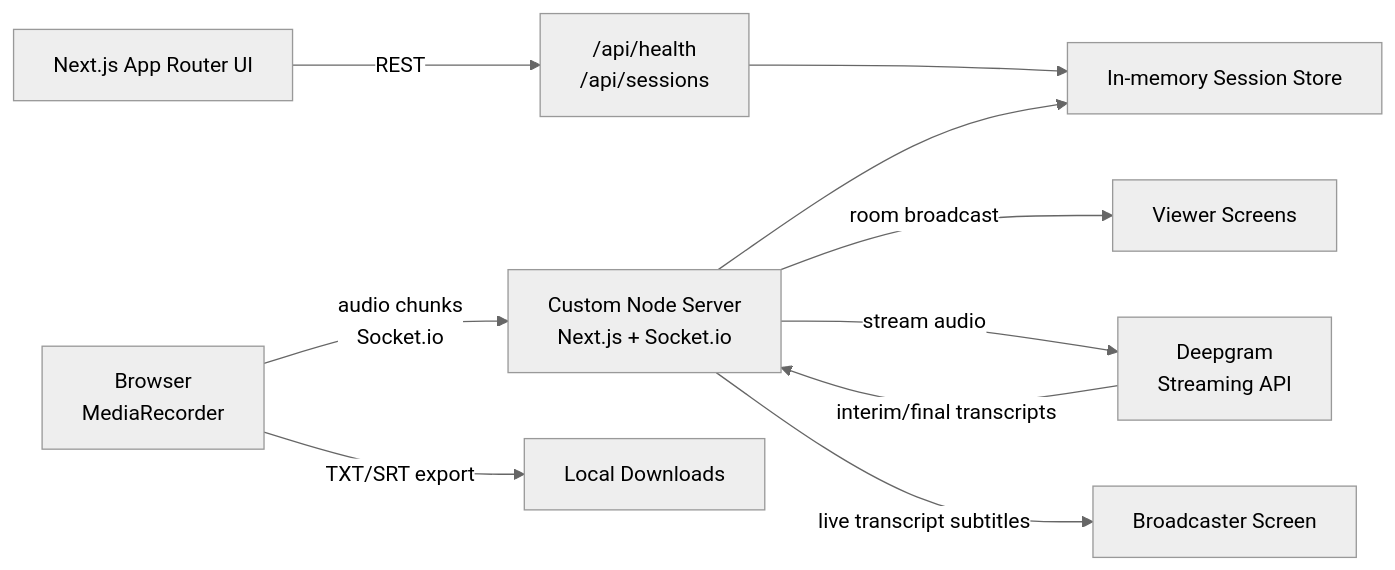
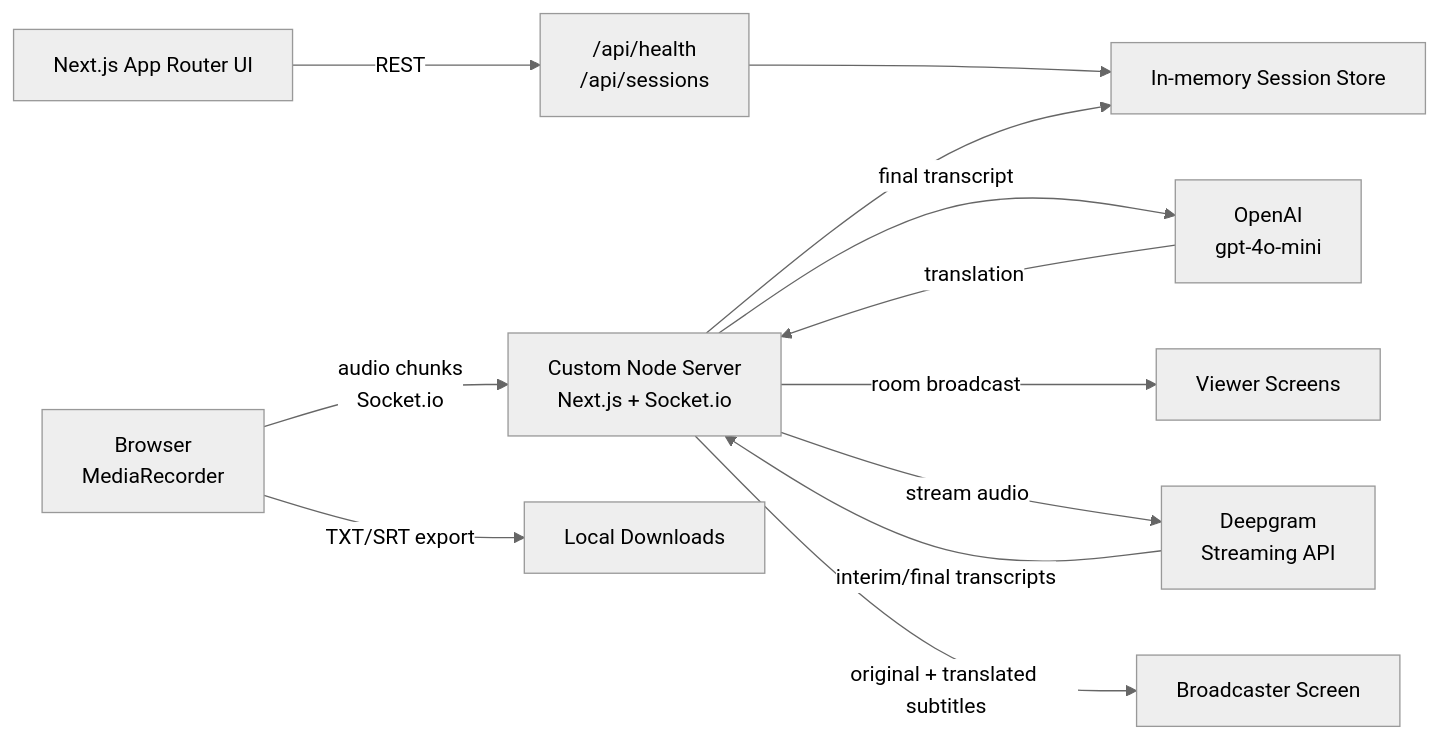
One commit to sarvarcoders/live-transcription-platform changed the diagram in README.md. Above: the diagram before and after it, drawn with Mermaid (neutral theme). The commit also changed other lines of this file and 13 other files, not shown here.

Commit message:
Enable OpenAI translation

````diff
--- a/README.md
+++ b/README.md
@@ -27,12 +28,14 @@
 ```mermaid
 flowchart LR
   Browser["Browser<br/>MediaRecorder"] -->|"audio chunks<br/>Socket.io"| Server["Custom Node Server<br/>Next.js + Socket.io"]
   Server -->|"stream audio"| Deepgram["Deepgram<br/>Streaming API"]
   Deepgram -->|"interim/final transcripts"| Server
-  Server -->|"live transcript subtitles"| Broadcaster["Broadcaster Screen"]
+  Server -->|"final transcript"| OpenAI["OpenAI<br/>gpt-4o-mini"]
+  OpenAI -->|"translation"| Server
+  Server -->|"original + translated subtitles"| Broadcaster["Broadcaster Screen"]
   Server -->|"room broadcast"| Viewers["Viewer Screens"]
   UI["Next.js App Router UI"] -->|"REST"| API["/api/health<br/>/api/sessions"]
   API --> Sessions["In-memory Session Store"]
   Server --> Sessions
   Browser -->|"TXT/SRT export"| Files["Local Downloads"]
 ```
````
